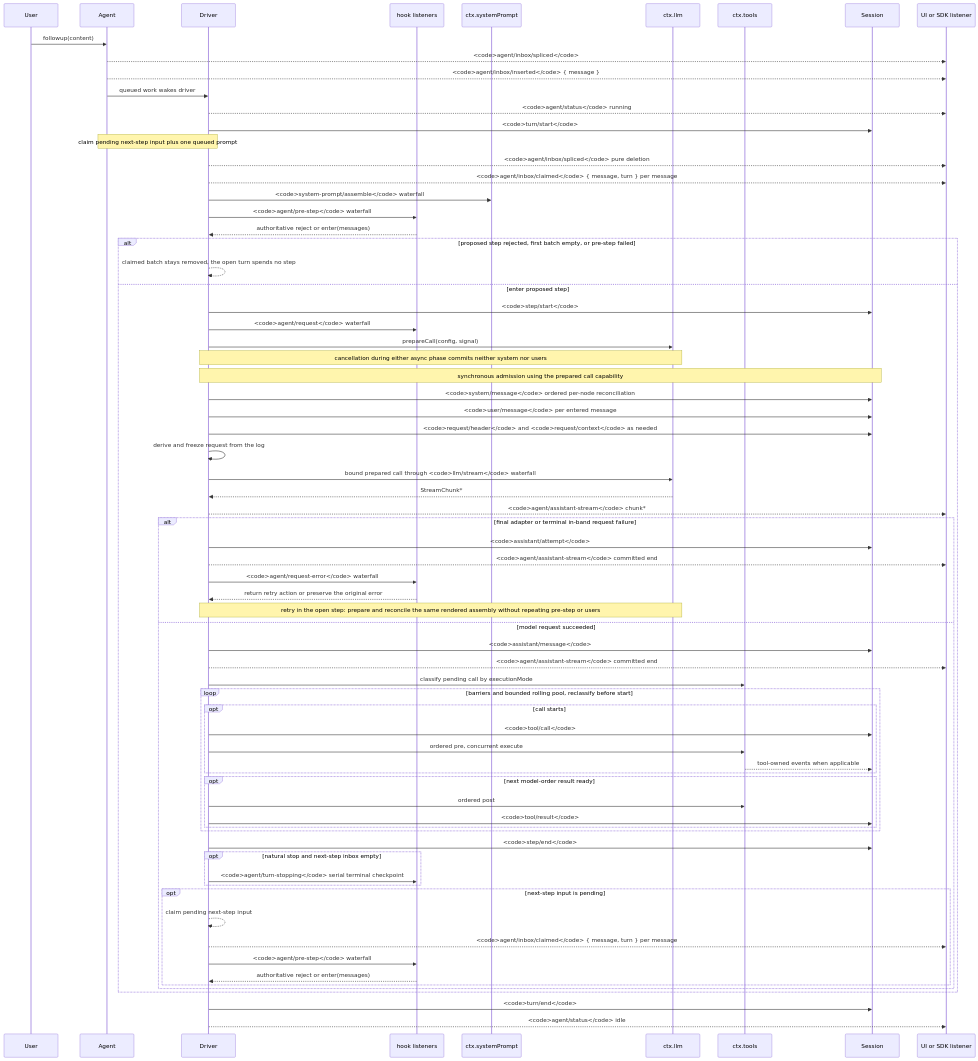
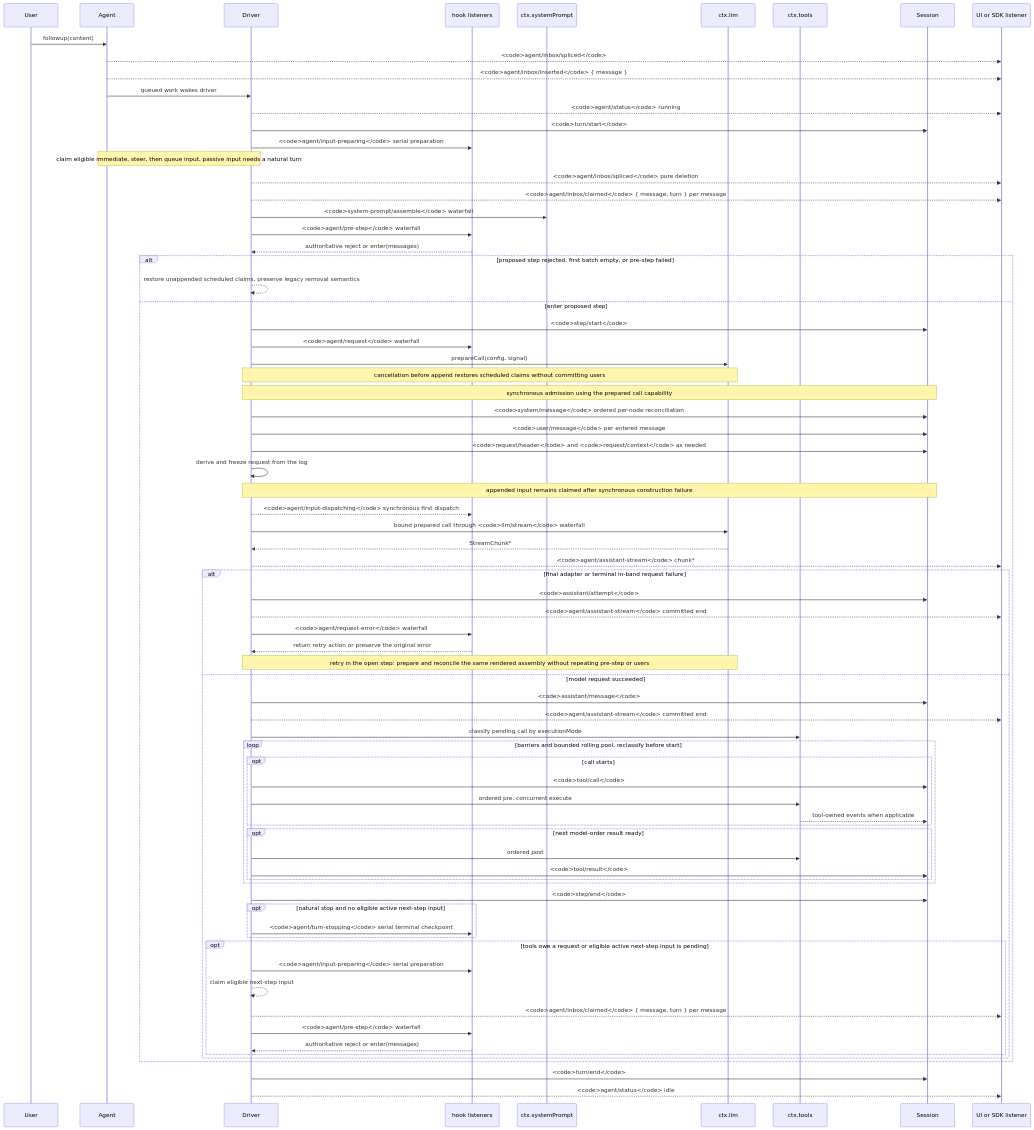
The diagram in docs/agent-lifecycle.md (comkocs/panedesk), drawn with Mermaid before and after one commit. The commit also changed 11 other files, not shown here.

````diff
--- a/docs/agent-lifecycle.md
+++ b/docs/agent-lifecycle.md
@@ -8,74 +8,78 @@
 ```mermaid
 sequenceDiagram
   participant User
   participant Agent
   participant Driver
   participant Hooks as hook listeners
   participant Prompt as ctx.systemPrompt
   participant LLM as ctx.llm
   participant Tools as ctx.tools
   participant Session
   participant SDK as UI or SDK listener
   User->>Agent: followup(content)
   Agent-->>SDK: <code>agent/inbox/spliced</code>
   Agent-->>SDK: <code>agent/inbox/inserted</code> { message }
   Agent->>Driver: queued work wakes driver
   Driver-->>SDK: <code>agent/status</code> running
   Driver->>Session: <code>turn/start</code>
-  Note over Agent,Driver: claim pending next-step input plus one queued prompt
+  Driver->>Hooks: <code>agent/input-preparing</code> serial preparation
+  Note over Agent,Driver: claim eligible immediate, steer, then queue input, passive input needs a natural turn
   Driver-->>SDK: <code>agent/inbox/spliced</code> pure deletion
   Driver-->>SDK: <code>agent/inbox/claimed</code> { message, turn } per message
   Driver->>Prompt: <code>system-prompt/assemble</code> waterfall
   Driver->>Hooks: <code>agent/pre-step</code> waterfall
   Hooks-->>Driver: authoritative reject or enter(messages)
   alt proposed step rejected, first batch empty, or pre-step failed
-    Driver-->>Driver: claimed batch stays removed, the open turn spends no step
+    Driver-->>Driver: restore unappended scheduled claims, preserve legacy removal semantics
   else enter proposed step
   Driver->>Session: <code>step/start</code>
   Driver->>Hooks: <code>agent/request</code> waterfall
   Driver->>LLM: prepareCall(config, signal)
-  Note over Driver,LLM: cancellation during either async phase commits neither system nor users
+  Note over Driver,LLM: cancellation before append restores scheduled claims without committing users
   Note over Driver,Session: synchronous admission using the prepared call capability
   Driver->>Session: <code>system/message</code> ordered per-node reconciliation
   Driver->>Session: <code>user/message</code> per entered message
   Driver->>Session: <code>request/header</code> and <code>request/context</code> as needed
   Driver->>Driver: derive and freeze request from the log
+  Note over Driver,Session: appended input remains claimed after synchronous construction failure
+  Driver-->>Hooks: <code>agent/input-dispatching</code> synchronous first dispatch
   Driver->>LLM: bound prepared call through <code>llm/stream</code> waterfall
   LLM-->>Driver: StreamChunk*
   Driver-->>SDK: <code>agent/assistant-stream</code> chunk*
   alt final adapter or terminal in-band request failure
     Driver->>Session: <code>assistant/attempt</code>
     Driver-->>SDK: <code>agent/assistant-stream</code> committed end
     Driver->>Hooks: <code>agent/request-error</code> waterfall
     Hooks-->>Driver: return retry action or preserve the original error
     Note over Driver,LLM: retry in the open step: prepare and reconcile the same rendered assembly without repeating pre-step or users
   else model request succeeded
   Driver->>Session: <code>assistant/message</code>
   Driver-->>SDK: <code>agent/assistant-stream</code> committed end
   Driver->>Tools: classify pending call by executionMode
   loop barriers and bounded rolling pool, reclassify before start
     opt call starts
       Driver->>Session: <code>tool/call</code>
       Driver->>Tools: ordered pre, concurrent execute
       Tools-->>Session: tool-owned events when applicable
     end
     opt next model-order result ready
       Driver->>Tools: ordered post
       Driver->>Session: <code>tool/result</code>
     end
   end
   Driver->>Session: <code>step/end</code>
-  opt natural stop and next-step inbox empty
+  opt natural stop and no eligible active next-step input
     Driver->>Hooks: <code>agent/turn-stopping</code> serial terminal checkpoint
   end
-  opt next-step input is pending
-    Driver-->>Driver: claim pending next-step input
+  opt tools owe a request or eligible active next-step input is pending
+    Driver->>Hooks: <code>agent/input-preparing</code> serial preparation
+    Driver-->>Driver: claim eligible next-step input
     Driver-->>SDK: <code>agent/inbox/claimed</code> { message, turn } per message
     Driver->>Hooks: <code>agent/pre-step</code> waterfall
     Hooks-->>Driver: authoritative reject or enter(messages)
   end
   end
   end
   Driver->>Session: <code>turn/end</code>
   Driver-->>SDK: <code>agent/status</code> idle
 ```
````
